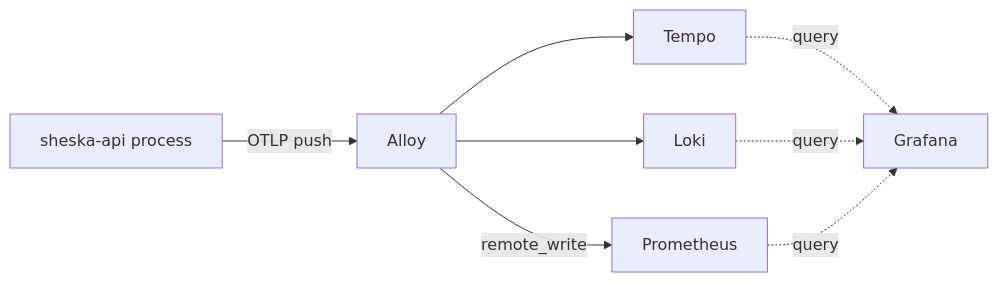
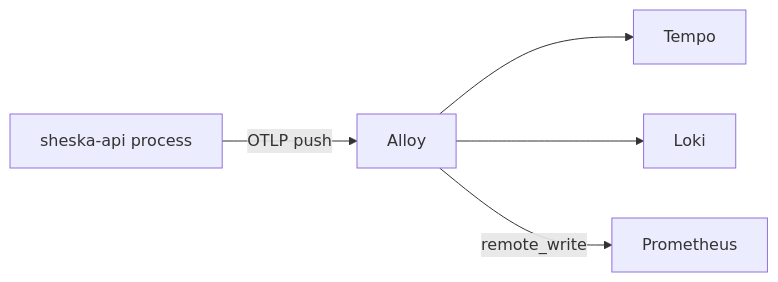
One commit to makeUgreat/sheska changed the diagram in apps/api/docs/ko/operability/observability.md. Above: the diagram before and after it, drawn with Mermaid. The commit also changed other lines of this file and 10 other files, not shown here.

````diff
--- a/apps/api/docs/ko/operability/observability.md
+++ b/apps/api/docs/ko/operability/observability.md
@@ -27,10 +18,7 @@
 ```mermaid
 flowchart LR
   app[sheska-api process] -->|OTLP push| alloy[Alloy]
   alloy --> tempo[Tempo]
   alloy --> loki[Loki]
   alloy -->|remote_write| prometheus[Prometheus]
-  tempo -.->|query| grafana[Grafana]
-  loki -.->|query| grafana
-  prometheus -.->|query| grafana
 ```
````
